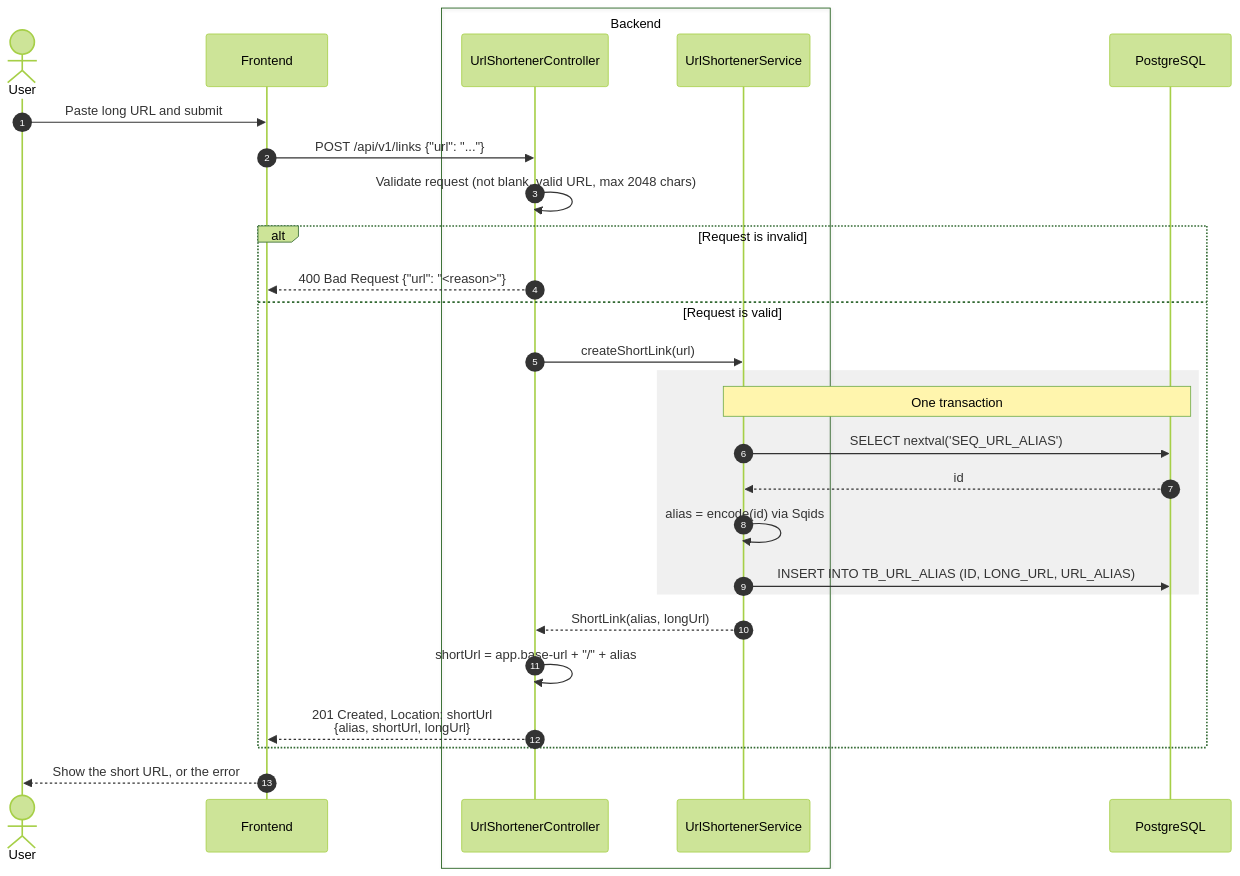
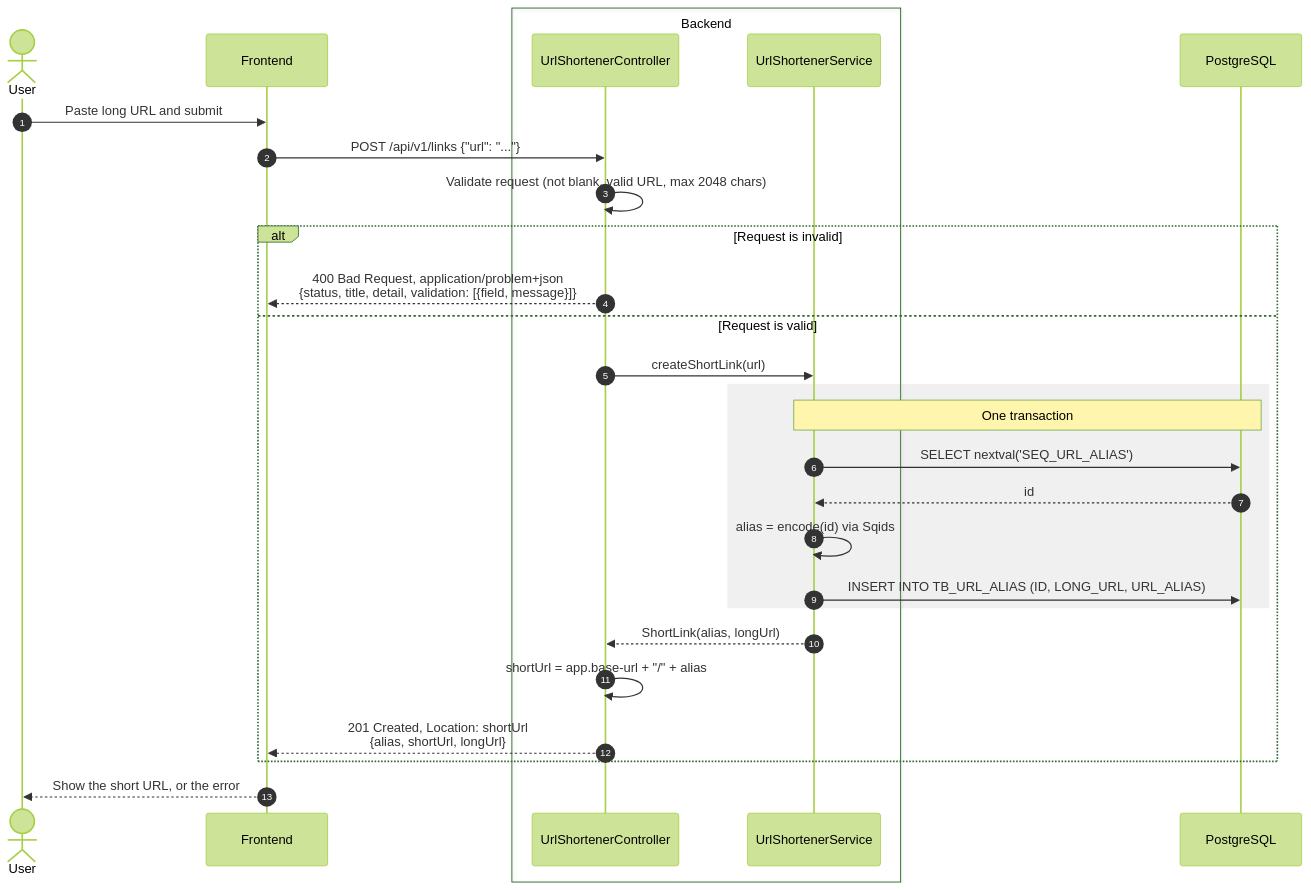
The second of 3 diagrams in README.md (azharrohiman/url-shortener-be), drawn with Mermaid (forest theme) before and after one commit. The commit also changed other lines of this file and 1 other file, not shown here.

First line of the commit message:
docs: update README.md and ROADMAP.md to include consistent error response (#22)

````diff
--- a/README.md
+++ b/README.md
@@ -50,33 +50,33 @@
 ```mermaid
 sequenceDiagram
     autonumber
     actor user as User
     participant fe as Frontend
     box Backend
         participant ctrl as UrlShortenerController
         participant svc as UrlShortenerService
     end
     participant db as PostgreSQL
 
     user->>fe: Paste long URL and submit
     fe->>ctrl: POST /api/v1/links {"url": "..."}
     ctrl->>ctrl: Validate request (not blank, valid URL, max 2048 chars)
 
     alt Request is invalid
-        ctrl-->>fe: 400 Bad Request {"url": "<reason>"}
+        ctrl-->>fe: 400 Bad Request, application/problem+json<br/>{status, title, detail, validation: [{field, message}]}
     else Request is valid
         ctrl->>svc: createShortLink(url)
         rect rgba(128, 128, 128, 0.12)
             note over svc,db: One transaction
             svc->>db: SELECT nextval('SEQ_URL_ALIAS')
             db-->>svc: id
             svc->>svc: alias = encode(id) via Sqids
             svc->>db: INSERT INTO TB_URL_ALIAS (ID, LONG_URL, URL_ALIAS)
         end
         svc-->>ctrl: ShortLink(alias, longUrl)
         ctrl->>ctrl: shortUrl = app.base-url + "/" + alias
         ctrl-->>fe: 201 Created, Location: shortUrl<br/>{alias, shortUrl, longUrl}
     end
 
     fe-->>user: Show the short URL, or the error
 ```
````
